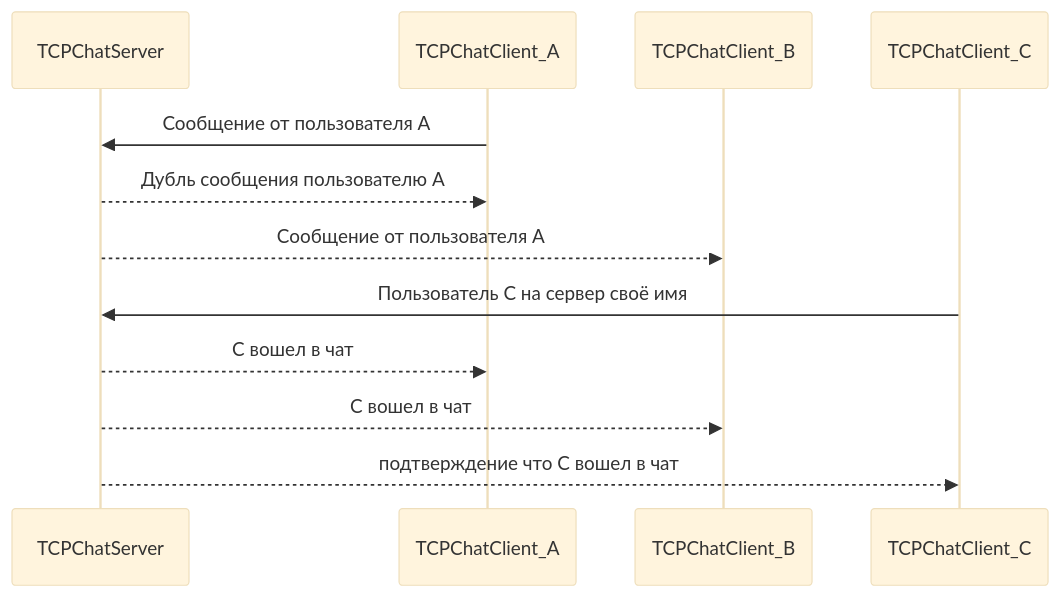
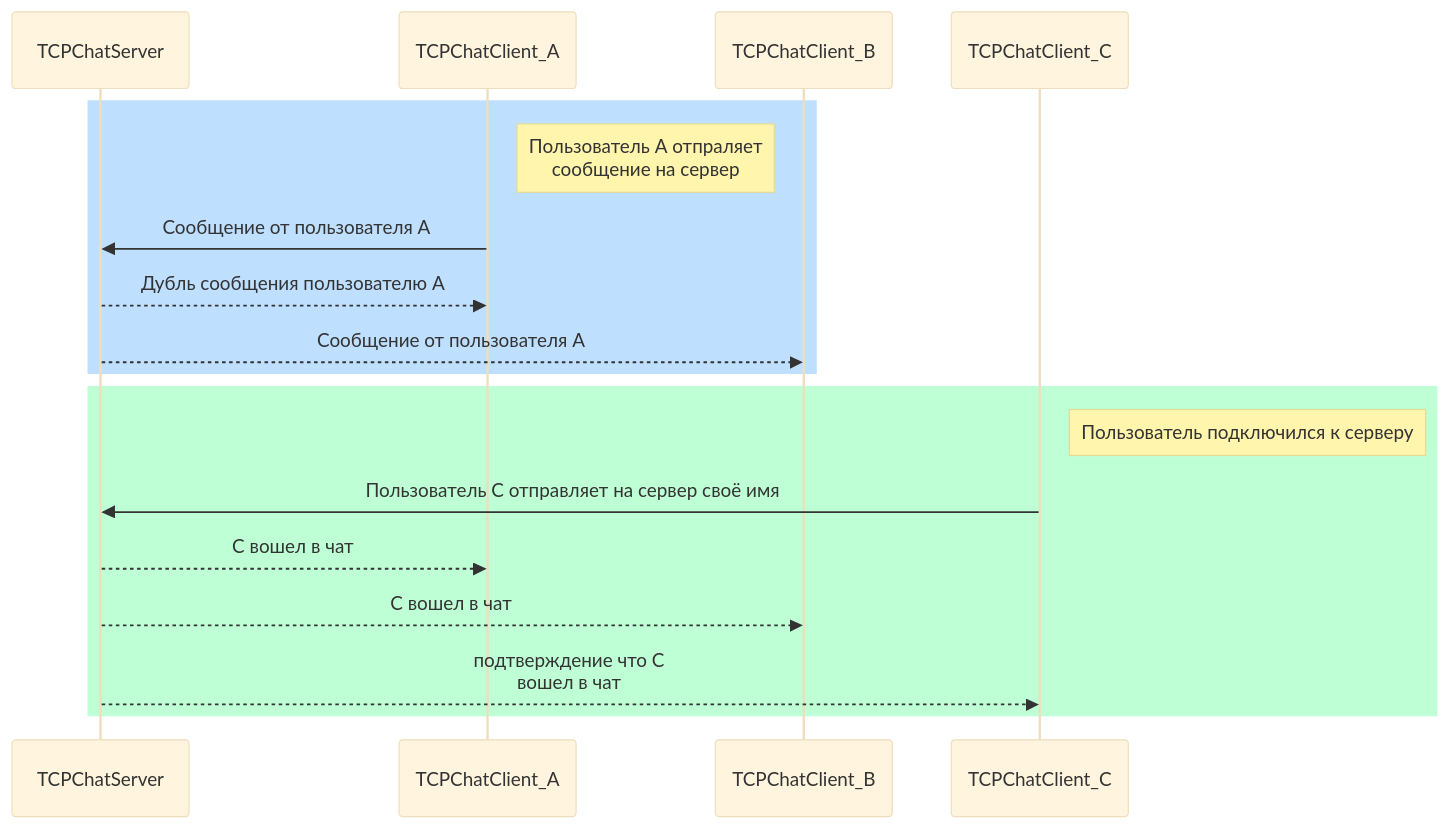
The diagram in README.md (VladRusKorol/WPF_TcpChat), drawn with Mermaid (base theme) before and after one commit.

Commit message:
Update README.md
Add color in readme

````diff
--- a/README.md
+++ b/README.md
@@ -50,18 +50,26 @@
 ```mermaid
 sequenceDiagram
 
     participant TCPChatServer
     participant TCPChatClient_A
     participant TCPChatClient_B
     participant TCPChatClient_C
 
-
+    rect rgb(191, 223, 255)
+    note right of TCPChatClient_A: Пользователь А отпраляет<br/> сообщение на сервер
     TCPChatClient_A ->> TCPChatServer: Сообщение от пользователя A
     TCPChatServer -->> TCPChatClient_A: Дубль сообщения пользователю A
     TCPChatServer -->> TCPChatClient_B: Сообщение от пользователя A
-    TCPChatClient_C ->> TCPChatServer: Пользователь С на сервер своё имя
+    end
+
+    rect rgb(191, 255, 214)
+    note right of TCPChatClient_C: Пользователь подключился к серверу
+    TCPChatClient_C ->> TCPChatServer: Пользователь С отправляет на сервер своё имя
     TCPChatServer -->> TCPChatClient_A: C вошел в чат
     TCPChatServer -->> TCPChatClient_B: C вошел в чат
-    TCPChatServer -->> TCPChatClient_C: подтверждение что C вошел в чат
+    TCPChatServer -->> TCPChatClient_C: подтверждение что C<br/> вошел в чат
+    end
+
+    
    
 ```
````
